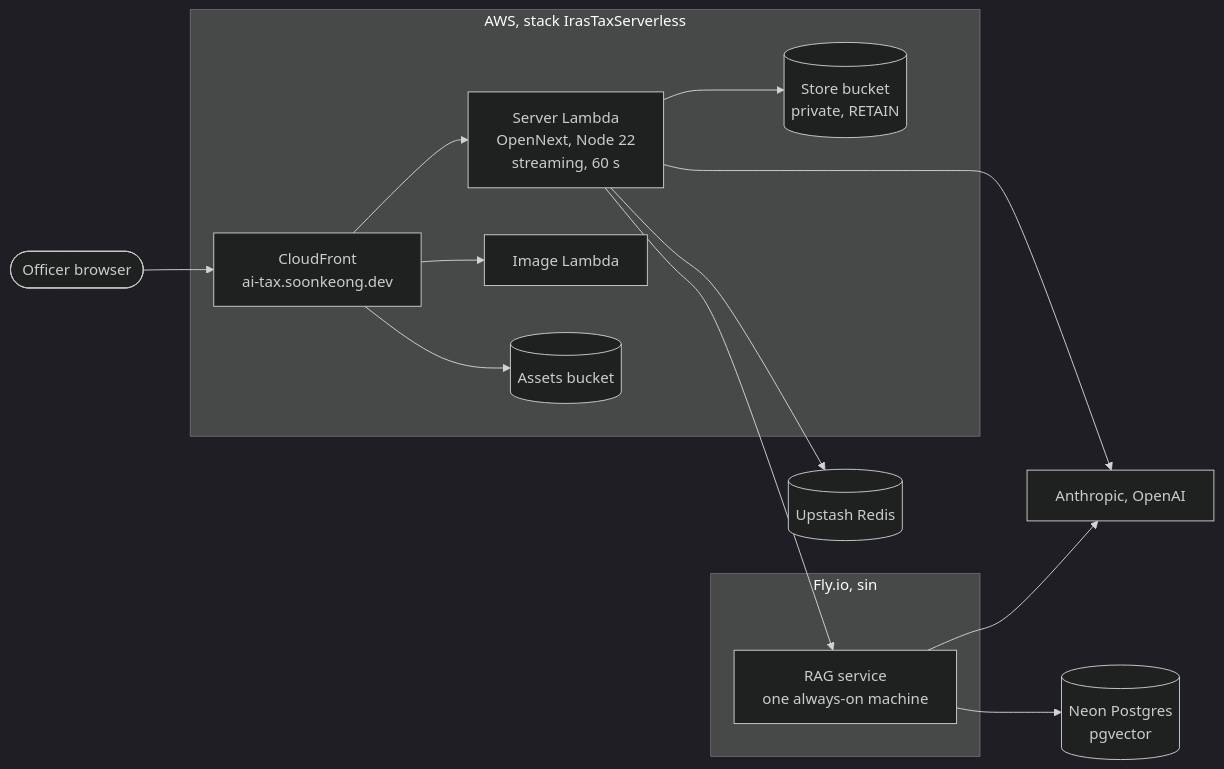
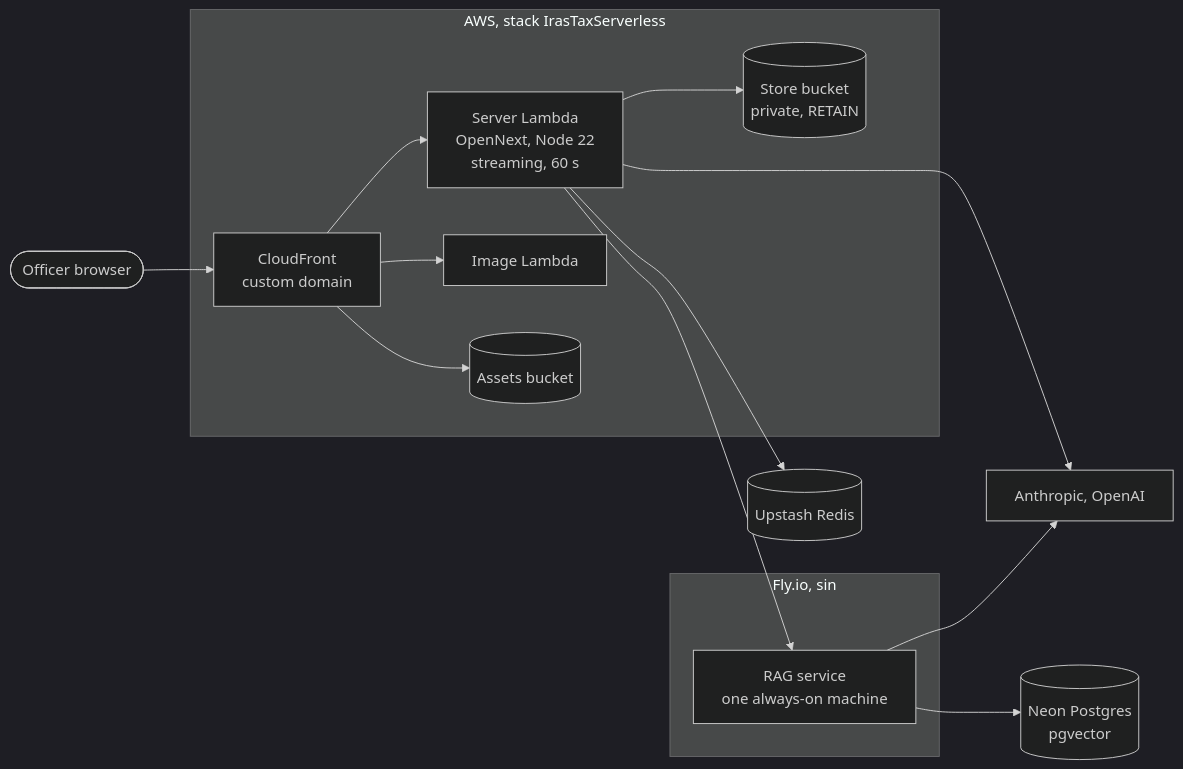
Before and after one commit to elleskay/ai-tax-assistant-platform: the sixth of 7 diagrams in README.md, drawn with Mermaid (dark theme). The commit also changed other lines of this file, not shown here.

````diff
--- a/README.md
+++ b/README.md
@@ -351,27 +351,27 @@
 ```mermaid
 flowchart LR
   U(["Officer browser"])
   subgraph aws["AWS, stack IrasTaxServerless"]
-    CF["CloudFront<br/>ai-tax.soonkeong.dev"]
+    CF["CloudFront<br/>custom domain"]
     SF["Server Lambda<br/>OpenNext, Node 22<br/>streaming, 60 s"]
     IF["Image Lambda"]
     AB[("Assets bucket")]
     SB[("Store bucket<br/>private, RETAIN")]
   end
   subgraph fly["Fly.io, sin"]
     RAG["RAG service<br/>one always-on machine"]
   end
   Neon[("Neon Postgres<br/>pgvector")]
   UP[("Upstash Redis")]
   LLM["Anthropic, OpenAI"]
   U --> CF
   CF --> SF
   CF --> IF
   CF --> AB
   SF --> SB
   SF --> UP
   SF --> LLM
   SF --> RAG
   RAG --> Neon
   RAG --> LLM
 ```
````
